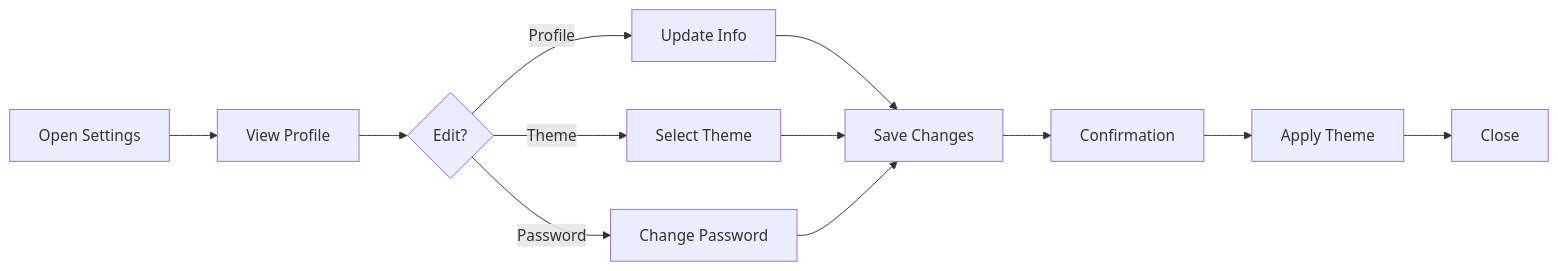
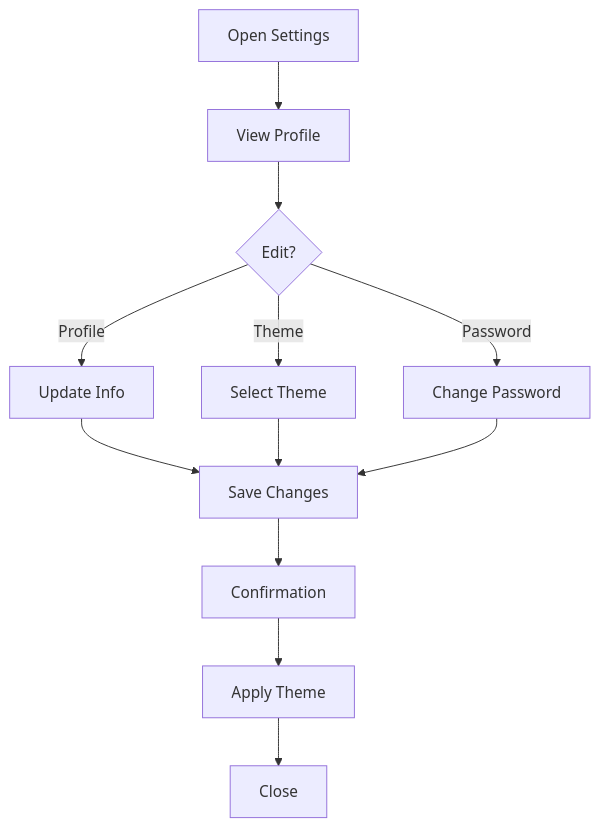
One commit to RoundRobinHood/cogniflight-cloud changed the third of 10 diagrams in docs/SEN3781_Assignment4_Information_Architecture_Report.md. Above: the diagram before and after it, drawn with Mermaid. The commit also changed other lines of this file, not shown here.

Commit message:
improved diagram readability

````diff
--- a/docs/SEN3781_Assignment4_Information_Architecture_Report.md
+++ b/docs/SEN3781_Assignment4_Information_Architecture_Report.md
@@ -190,8 +194,13 @@
 ```mermaid
-flowchart LR
-    A[Open Settings] --> B[View Profile] --> C{Edit?}
-    C -->|Profile| D[Update Info] --> G[Save Changes]
-    C -->|Theme| E[Select Theme] --> G
-    C -->|Password| F[Change Password] --> G
-    G --> H[Confirmation] --> I[Apply Theme] --> J[Close]
+flowchart TD
+    A[Open Settings] --> B[View Profile]
+    B --> C{Edit?}
+    C -->|Profile| D[Update Info]
+    C -->|Theme| E[Select Theme]
+    C -->|Password| F[Change Password]
+    D --> G[Save Changes]
+    E --> G
+    F --> G
+    G --> H[Confirmation]
+    H --> I[Apply Theme] --> J[Close]
 ```
````
